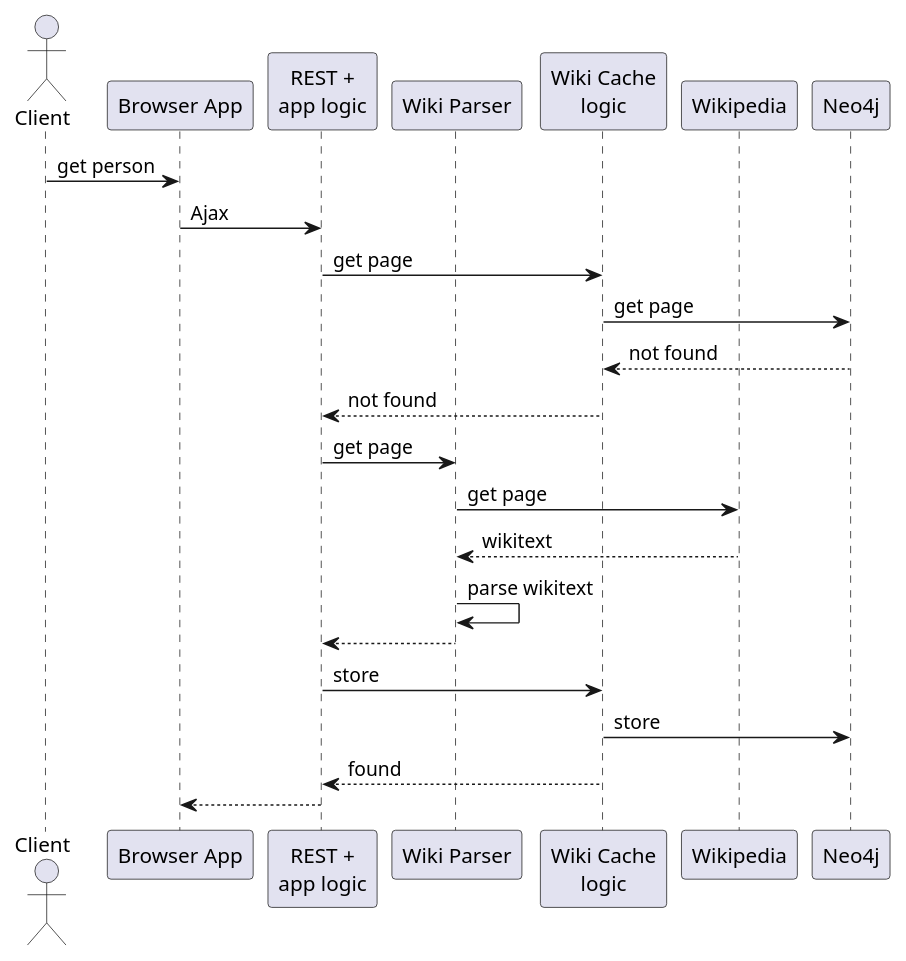
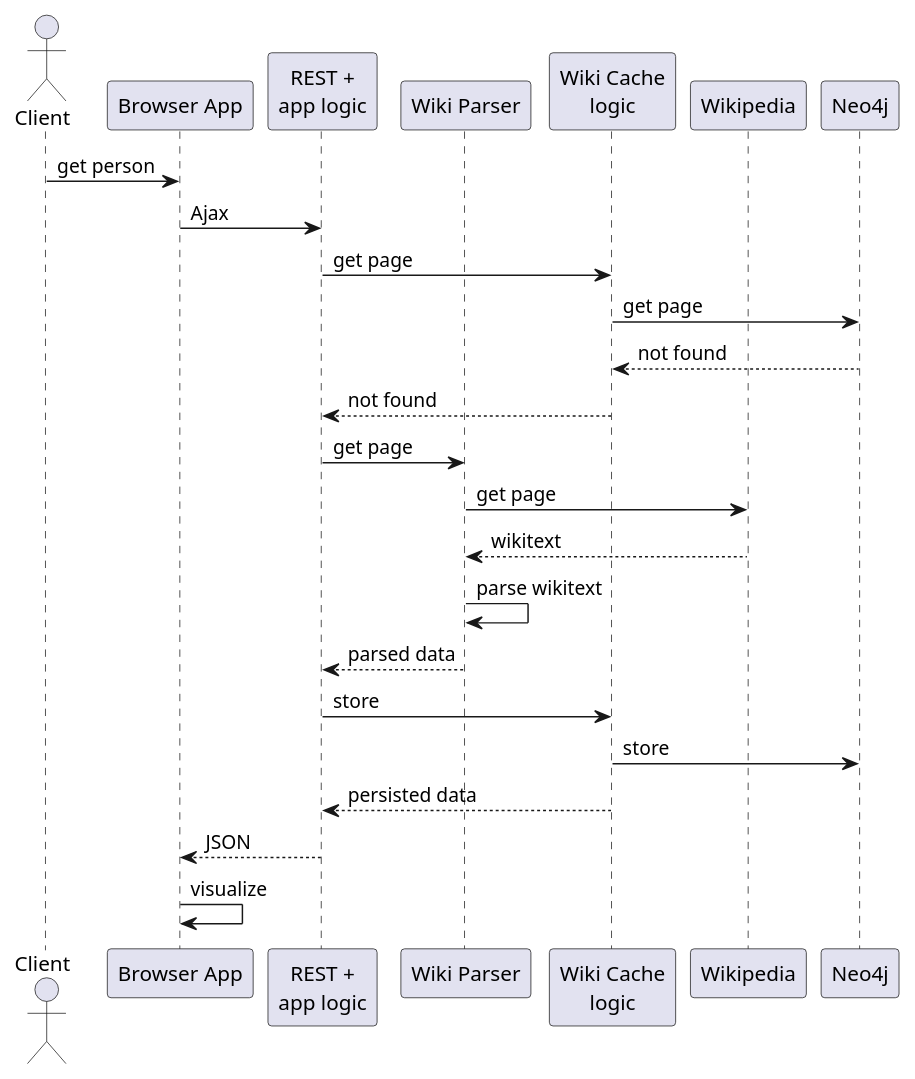
The diagram in docs/seq.puml (ibrencsics/history), drawn with PlantUML before and after one commit. The commit also changed 2 other files, not shown here.

```diff
--- a/docs/seq.puml
+++ b/docs/seq.puml
@@ -1,27 +1,28 @@
 @startuml
 
 actor Client as C
 participant "Browser App" as B
 participant "REST +\napp logic" as R
 participant "Wiki Parser" as WP
 participant "Wiki Cache\nlogic" as WC
 participant Wikipedia as W
 participant Neo4j as N
 
 C -> B: get person
 B -> R: Ajax
 R -> WC: get page
 WC -> N: get page
 N --> WC: not found
 WC --> R: not found
 R -> WP: get page
 WP -> W: get page
 W --> WP: wikitext
 WP -> WP: parse wikitext
-WP --> R:
+WP --> R: parsed data
 R -> WC: store
 WC -> N: store
-WC --> R: found
-R --> B:
+WC --> R: persisted data
+R --> B: JSON
+B -> B: visualize
 
 @enduml
```
